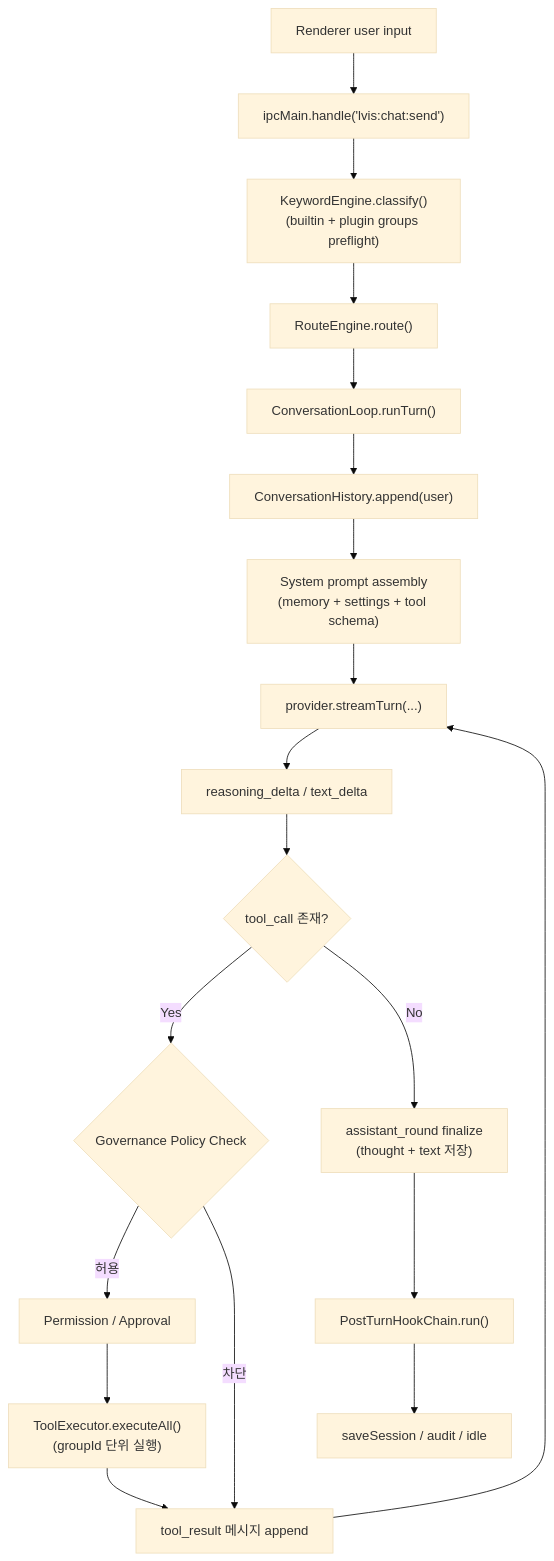
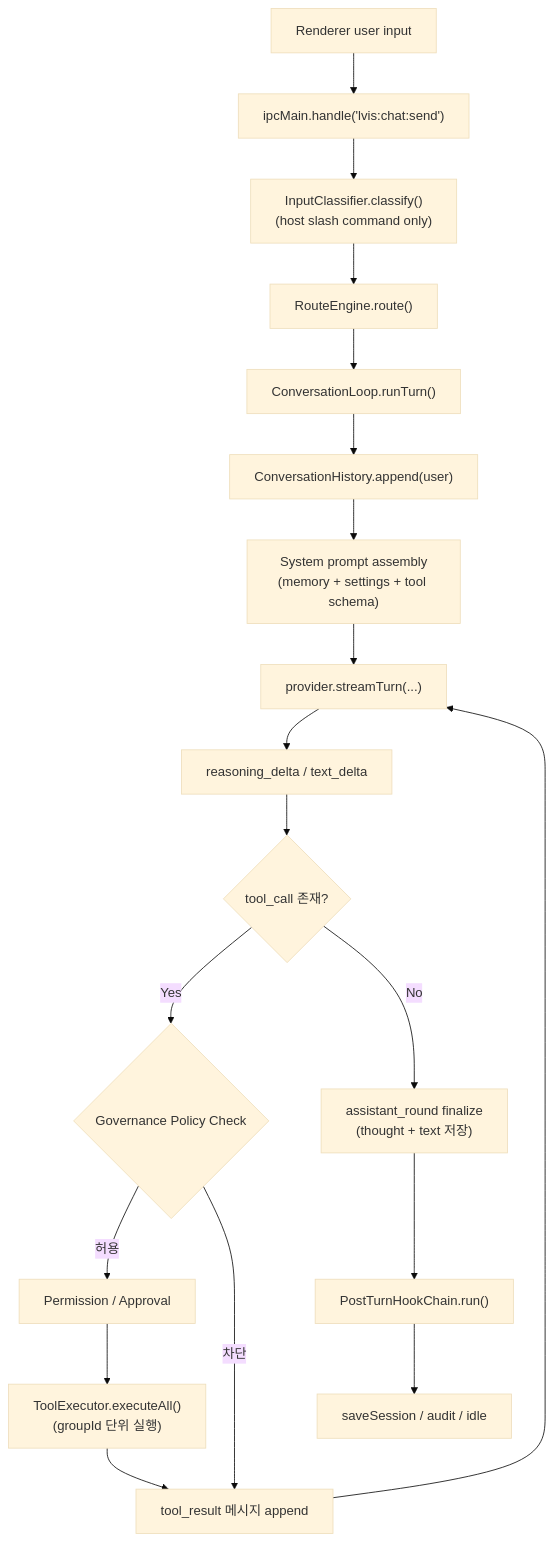
The ninth of 44 diagrams in docs/ko/architecture/architecture.md (lvis-project/lvis-app), drawn with Mermaid (base theme) before and after one commit. The commit also changed other lines of this file and 130 other files, not shown here.

````diff
--- a/docs/ko/architecture/architecture.md
+++ b/docs/ko/architecture/architecture.md
@@ -712,25 +701,25 @@
 ```mermaid
 flowchart TB
     USER["Renderer user input"]
     IPC["ipcMain.handle('lvis:chat:send')"]
-    KEYWORD["KeywordEngine.classify()<br/>(builtin + plugin groups preflight)"]
+    CLASSIFY["InputClassifier.classify()<br/>(host slash command only)"]
     ROUTE["RouteEngine.route()"]
     LOOP["ConversationLoop.runTurn()"]
     HISTORY["ConversationHistory.append(user)"]
     PROMPT["System prompt assembly<br/>(memory + settings + tool schema)"]
     PROVIDER["provider.streamTurn(...)"]
     REASON["reasoning_delta / text_delta"]
     TOOL_CHECK{"tool_call 존재?"}
     POLICY_CHK{"Governance Policy Check"}
     PERM["Permission / Approval"]
     TOOL_EXEC["ToolExecutor.executeAll()<br/>(groupId 단위 실행)"]
     TOOL_RESULT["tool_result 메시지 append"]
     ROUND["assistant_round finalize<br/>(thought + text 저장)"]
     POST["PostTurnHookChain.run()"]
     SAVE["saveSession / audit / idle"]
 
-    USER --> IPC --> KEYWORD --> ROUTE --> LOOP --> HISTORY --> PROMPT --> PROVIDER --> REASON --> TOOL_CHECK
+    USER --> IPC --> CLASSIFY --> ROUTE --> LOOP --> HISTORY --> PROMPT --> PROVIDER --> REASON --> TOOL_CHECK
     TOOL_CHECK -->|"Yes"| POLICY_CHK -->|"허용"| PERM --> TOOL_EXEC --> TOOL_RESULT --> PROVIDER
     TOOL_CHECK -->|"No"| ROUND --> POST --> SAVE
     POLICY_CHK -->|"차단"| TOOL_RESULT
 ```
````
